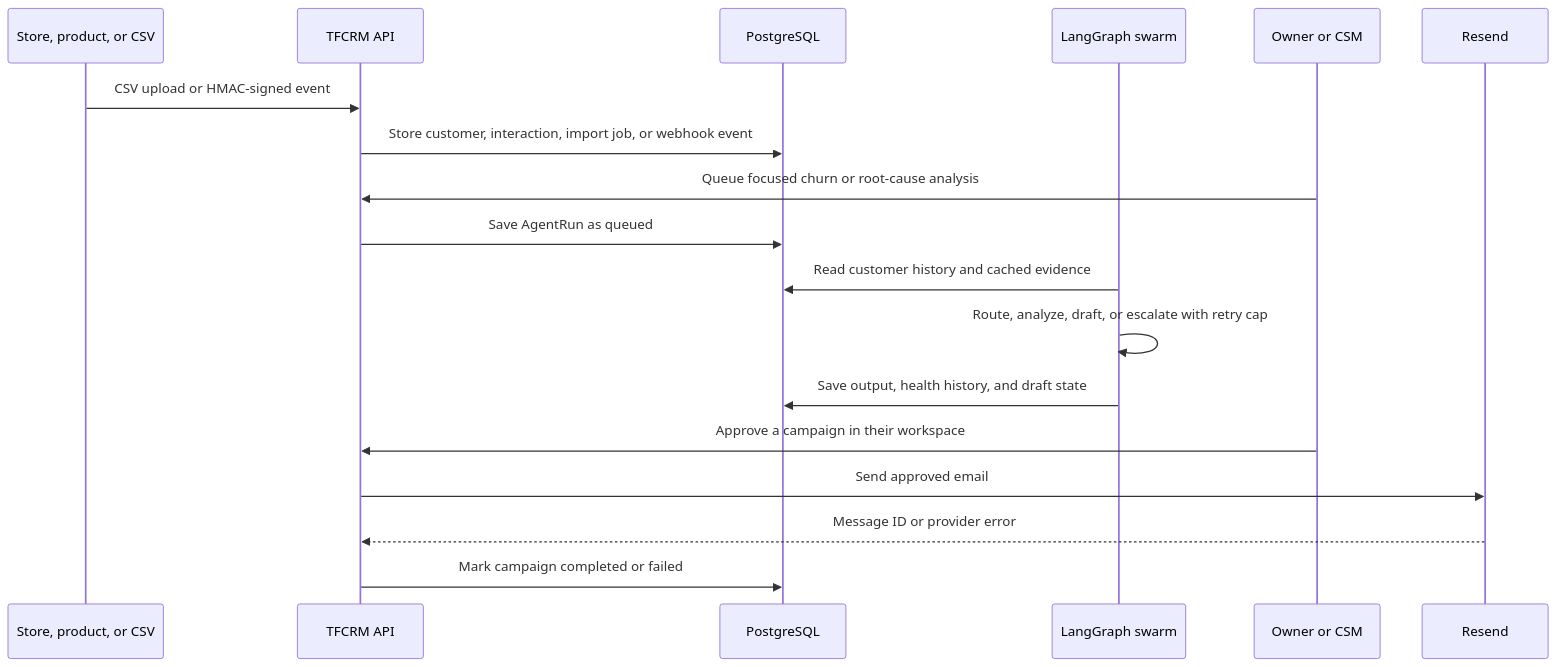
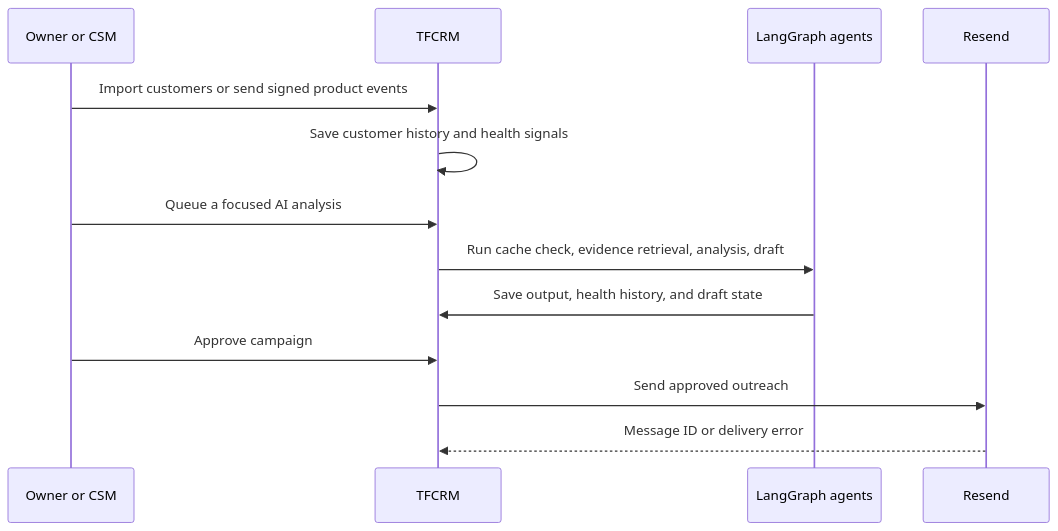
One commit to avi-sh712/TFCRM changed the second of 2 diagrams in README.md. Above: the diagram before and after it, drawn with Mermaid. The commit also changed other lines of this file and 1 other file, not shown here.

````diff
--- a/README.md
+++ b/README.md
@@ -66,21 +58,16 @@
 ```mermaid
 sequenceDiagram
-    participant S as Store, product, or CSV
-    participant API as TFCRM API
-    participant DB as PostgreSQL
-    participant AI as LangGraph swarm
-    participant O as Owner or CSM
+    participant U as Owner or CSM
+    participant T as TFCRM
+    participant A as LangGraph agents
     participant R as Resend
 
-    S->>API: CSV upload or HMAC-signed event
-    API->>DB: Store customer, interaction, import job, or webhook event
-    O->>API: Queue focused churn or root-cause analysis
-    API->>DB: Save AgentRun as queued
-    AI->>DB: Read customer history and cached evidence
-    AI->>AI: Route, analyze, draft, or escalate with retry cap
-    AI->>DB: Save output, health history, and draft state
-    O->>API: Approve a campaign in their workspace
-    API->>R: Send approved email
-    R-->>API: Message ID or provider error
-    API->>DB: Mark campaign completed or failed
+    U->>T: Import customers or send signed product events
+    T->>T: Save customer history and health signals
+    U->>T: Queue a focused AI analysis
+    T->>A: Run cache check, evidence retrieval, analysis, draft
+    A->>T: Save output, health history, and draft state
+    U->>T: Approve campaign
+    T->>R: Send approved outreach
+    R-->>T: Message ID or delivery error
 ```
````
